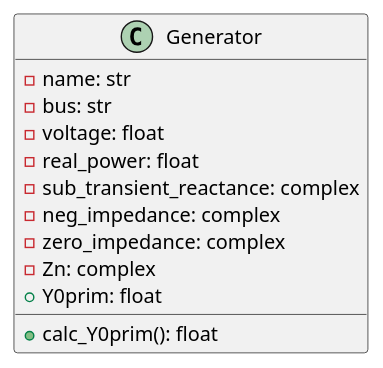
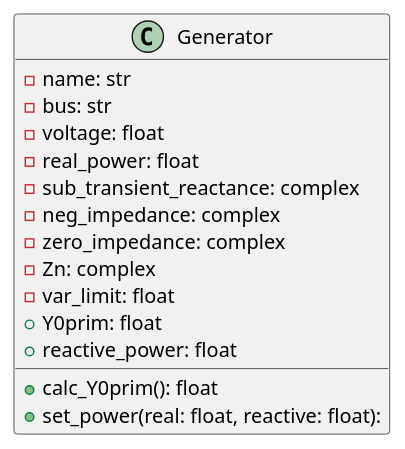
The ninth of 19 diagrams in project2.plantuml (JLipnerPitt/ECE2774-ADV-POWER-SYSTEMS-ANALYSIS), drawn with PlantUML before and after one commit. The commit also changed other lines of this file and 1 other file, not shown here.

Commit message:
Updated plantuml diagrams

```diff
--- a/project2.plantuml
+++ b/project2.plantuml
@@ -174,15 +186,18 @@
 @startuml Generator
 class Generator {
     - name: str
     - bus: str
     - voltage: float
     - real_power: float
     - sub_transient_reactance: complex
     - neg_impedance: complex
     - zero_impedance: complex
     - Zn: complex
+    - var_limit: float
     + Y0prim: float
+    + reactive_power: float
 
     + calc_Y0prim(): float
+    + set_power(real: float, reactive: float):
 }
 @enduml
```
